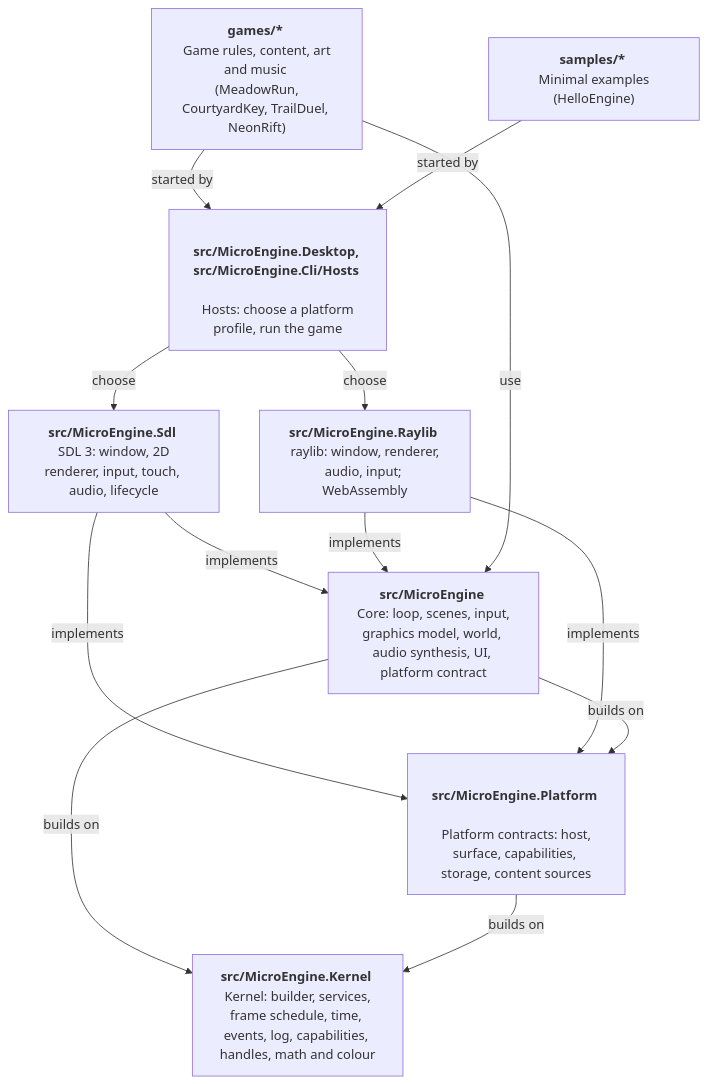
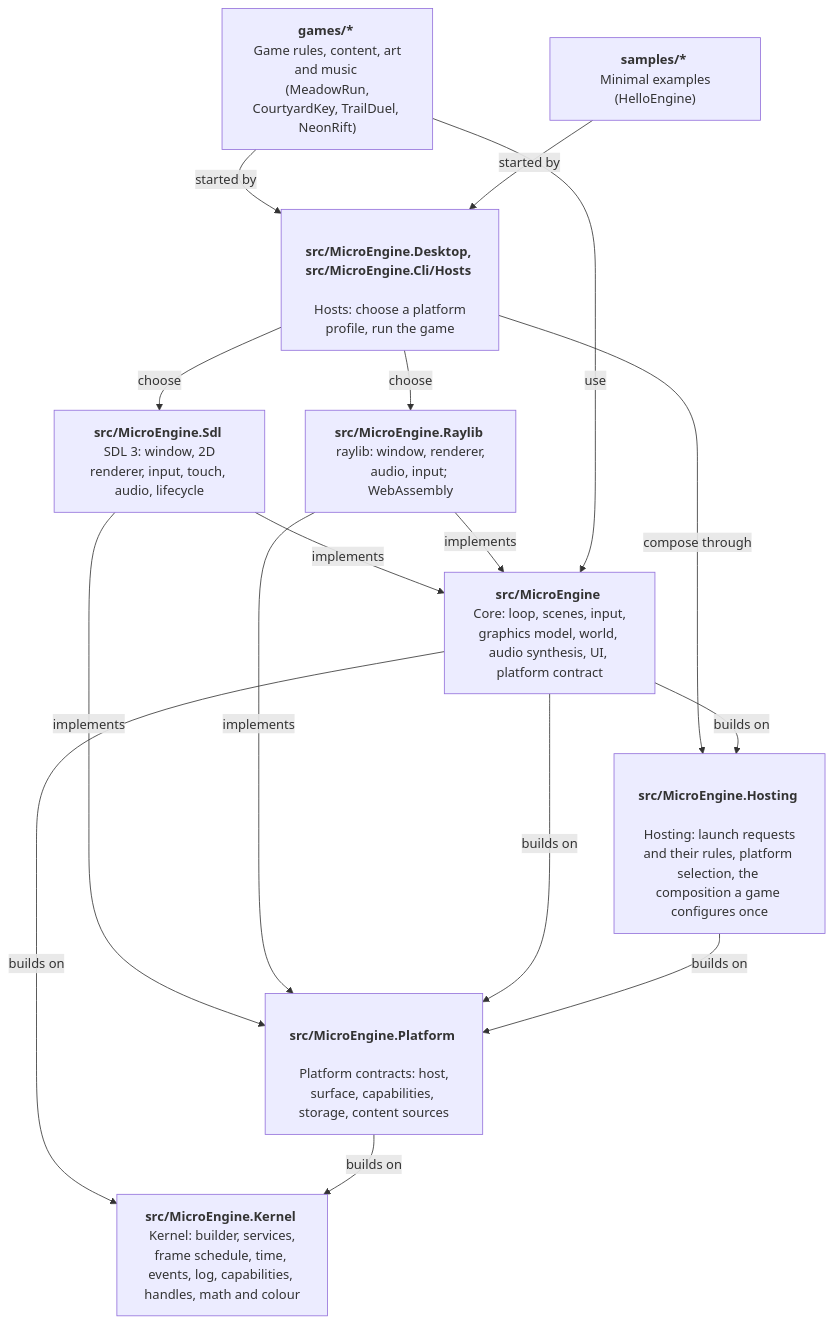
The diagram in docs/architecture.md (NastMz/MicroEngine), drawn with Mermaid before and after one commit. The commit also changed other lines of this file and 52 other files, not shown here.

First line of the commit message:
docs: one composition for every platform, the Configure entry point and per-host defaults

````diff
--- a/docs/architecture.md
+++ b/docs/architecture.md
@@ -11,25 +11,29 @@
 ```mermaid
 flowchart TB
   accTitle: Layers
-  accDescr: Games and samples start through the desktop launcher, which offers the SDL and raylib backends; both implement the platform contract, which builds on the kernel.
+  accDescr: Games and samples start through the hosts, which compose them through hosting and offer the SDL and raylib backends; both implement the platform contract, which builds on the kernel.
   games["<b> games/* </b> <br/> Game rules, content, art and music <br/> (MeadowRun, CourtyardKey, TrailDuel, NeonRift)"]
   samples["<b> samples/* </b> <br/> Minimal examples (HelloEngine)"]
   hosts["<b> src/MicroEngine.Desktop, src/MicroEngine.Cli/Hosts </b> <br/> Hosts: choose a platform profile, run the game"]
   sdl["<b> src/MicroEngine.Sdl </b> <br/> SDL 3: window, 2D renderer, input, touch, audio, lifecycle"]
   raylib["<b> src/MicroEngine.Raylib </b> <br/> raylib: window, renderer, audio, input; WebAssembly"]
   core["<b> src/MicroEngine </b> <br/> Core: loop, scenes, input, graphics model, world, audio synthesis, UI, platform contract"]
   platform["<b> src/MicroEngine.Platform </b> <br/> Platform contracts: host, surface, capabilities, storage, content sources"]
+  hosting["<b> src/MicroEngine.Hosting </b> <br/> Hosting: launch requests and their rules, platform selection, the composition a game configures once"]
   kernel["<b> src/MicroEngine.Kernel </b> <br/> Kernel: builder, services, frame schedule, time, events, log, capabilities, handles, math and colour"]
   games -- started by --> hosts
   samples -- started by --> hosts
   hosts -- choose --> sdl
   hosts -- choose --> raylib
+  hosts -- compose through --> hosting
   sdl -- implements --> core
   raylib -- implements --> core
   sdl -- implements --> platform
   raylib -- implements --> platform
   games -- use --> core
   core -- builds on --> platform
   core -- builds on --> kernel
   platform -- builds on --> kernel
+  core -- builds on --> hosting
+  hosting -- builds on --> platform
 ```
````
